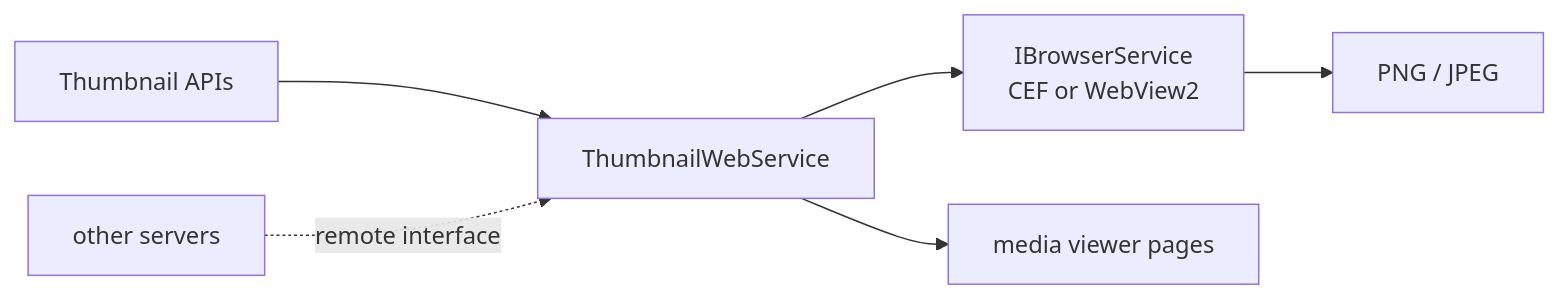
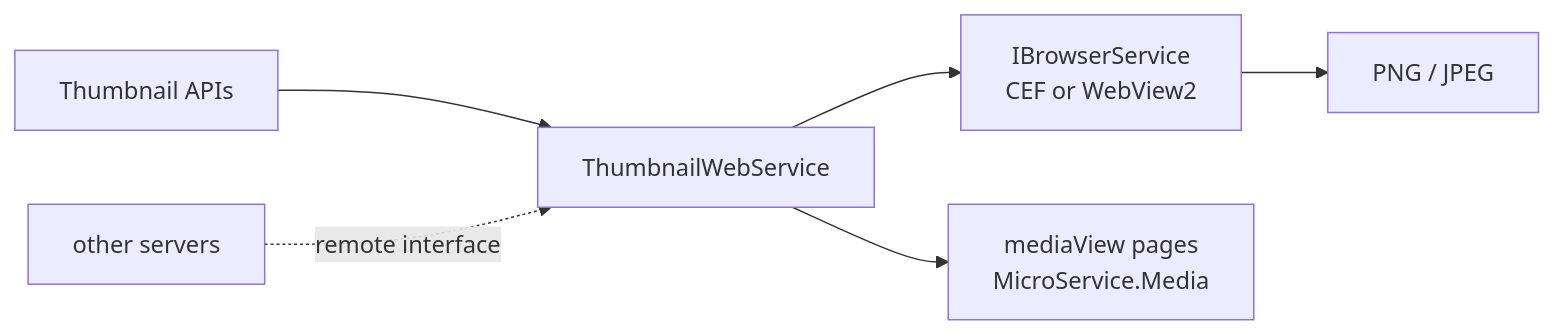
The diagram in SysWeaver.MicroService.Thumbnail.Web/README.md (dosh1974/SysWeaver), drawn with Mermaid before and after one commit. The commit also changed other lines of this file and 532 other files, not shown here.

````diff
--- a/SysWeaver.MicroService.Thumbnail.Web/README.md
+++ b/SysWeaver.MicroService.Thumbnail.Web/README.md
@@ -18,8 +18,8 @@
 ```mermaid
 flowchart LR
   Api["Thumbnail APIs"] --> TWS["ThumbnailWebService"]
   TWS --> Browser["IBrowserService<br/>CEF or WebView2"]
-  TWS --> MediaPages["media viewer pages"]
+  TWS --> MediaPages["mediaView pages<br/>MicroService.Media"]
   Browser --> Png["PNG / JPEG"]
   Remote["other servers"] -.->|remote interface| TWS
 ```
````
